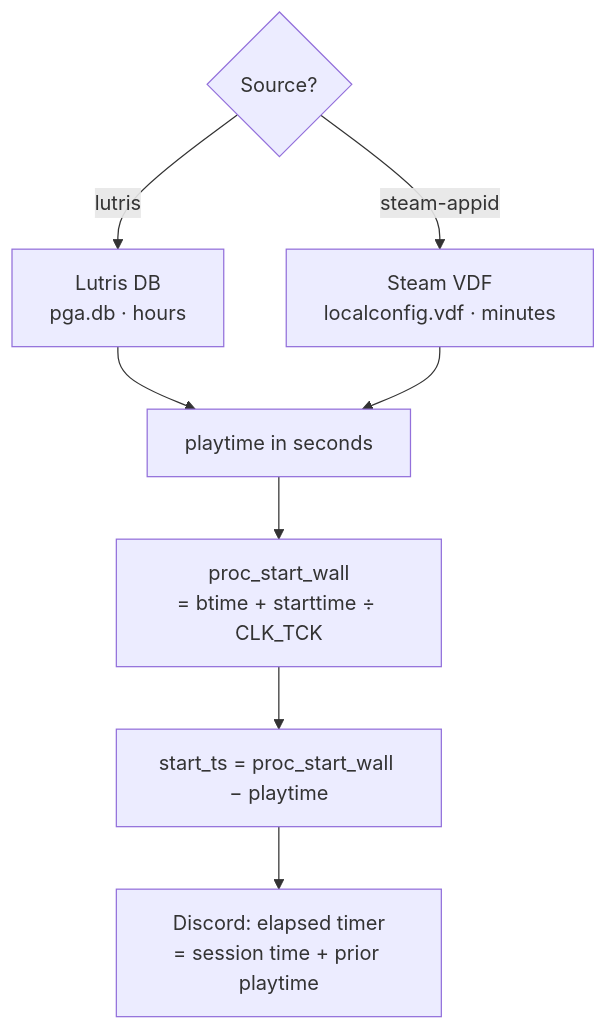
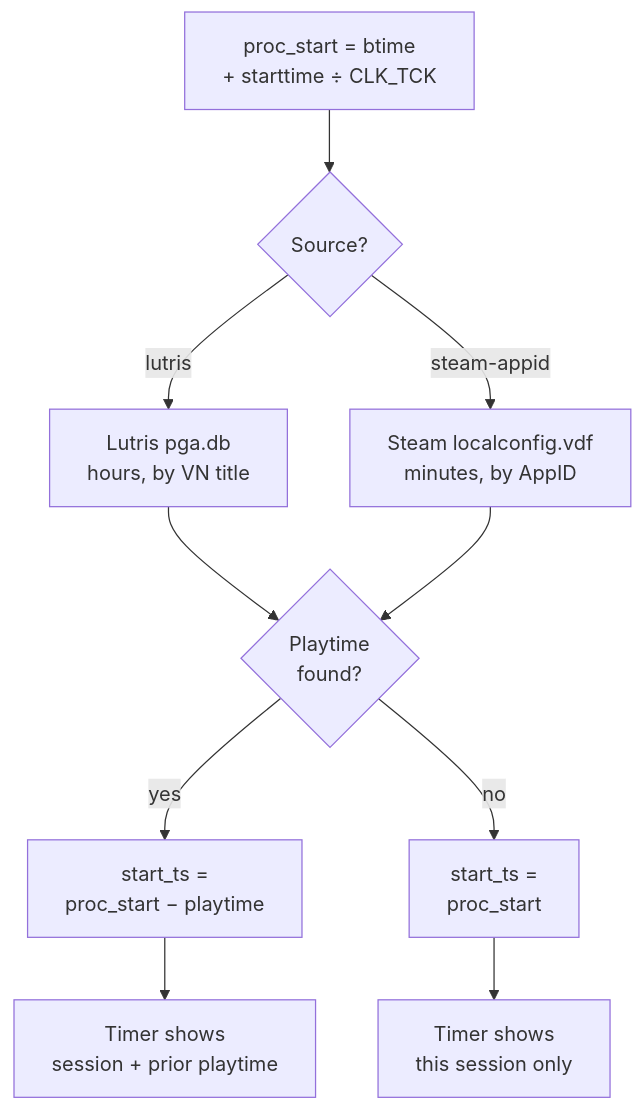
One commit to jayng9663/VN-Presence changed the sixth of 6 diagrams in README.md. Above: the diagram before and after it, drawn with Mermaid. The commit also changed other lines of this file, not shown here.

Commit message:
docs: fix flowchart line breaks and match charts to current behaviour

````diff
--- a/README.md
+++ b/README.md
@@ -132,11 +151,12 @@
 ```mermaid
 flowchart TD
-    SRC{Source?}
-    SRC -- lutris --> LDB[Lutris DB\npga.db · hours]
-    SRC -- steam-appid --> VDF[Steam VDF\nlocalconfig.vdf · minutes]
-    LDB --> PT[playtime in seconds]
+    PROC["proc_start = btime<br>+ starttime ÷ CLK_TCK"] --> SRC{Source?}
+    SRC -- lutris --> LDB[Lutris pga.db<br>hours, by VN title]
+    SRC -- steam-appid --> VDF[Steam localconfig.vdf<br>minutes, by AppID]
+    LDB --> PT{Playtime<br>found?}
     VDF --> PT
-    PT --> PROC[proc_start_wall\n= btime + starttime ÷ CLK_TCK]
-    PROC --> TS[start_ts = proc_start_wall − playtime]
-    TS --> DISC[Discord: elapsed timer\n= session time + prior playtime]
+    PT -- yes --> TS["start_ts =<br>proc_start − playtime"]
+    PT -- no --> TS0["start_ts =<br>proc_start"]
+    TS --> D1[Timer shows<br>session + prior playtime]
+    TS0 --> D2[Timer shows<br>this session only]
 ```
````
